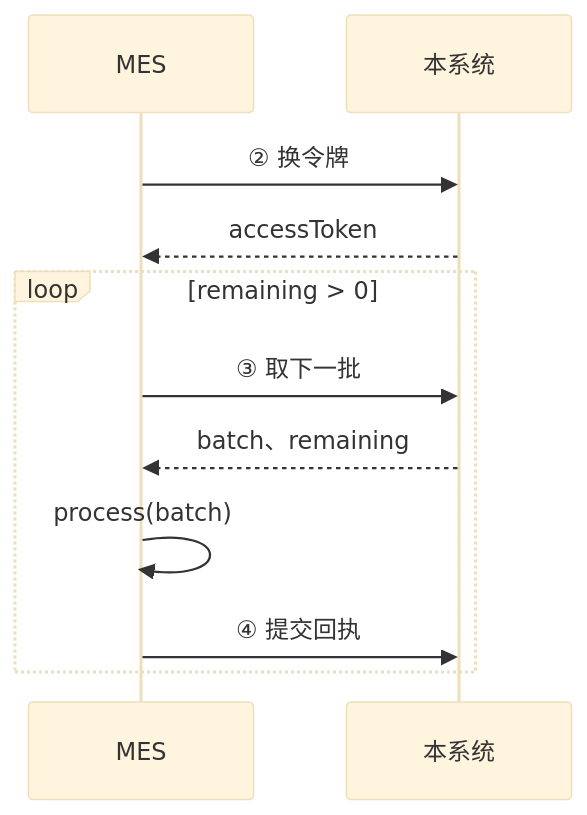
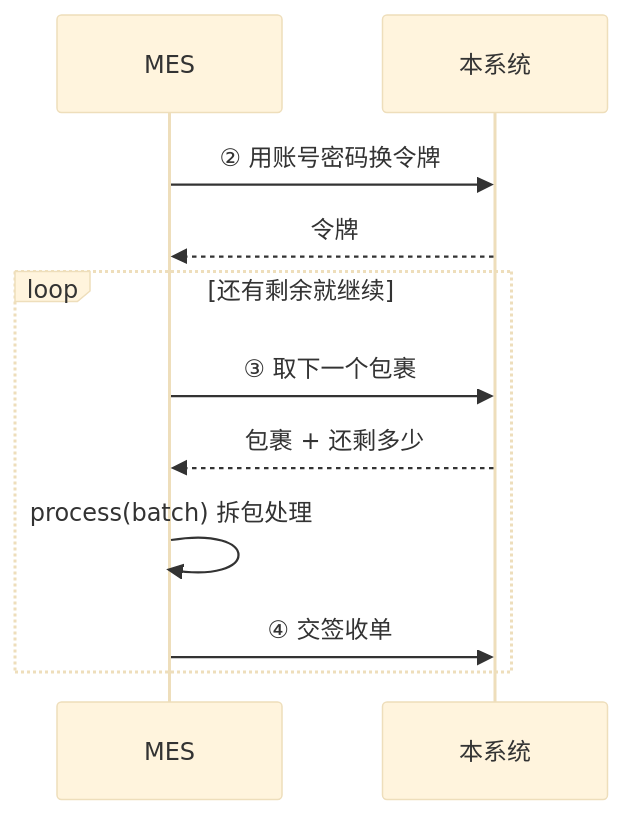
Before and after one commit to Createsnow/sn-center: the second of 2 diagrams in docs/SN 防重管控 · MES 对接说明（精简版）.md, drawn with Mermaid (base theme). The commit also changed other lines of this file, not shown here.

````diff
--- a/docs/SN 防重管控 · MES 对接说明（精简版）.md
+++ b/docs/SN 防重管控 · MES 对接说明（精简版）.md
@@ -73,13 +92,13 @@
 ```mermaid
 sequenceDiagram
   participant M as MES
   participant S as 本系统
-  M->>S: ② 换令牌
-  S-->>M: accessToken
-  loop remaining > 0
-    M->>S: ③ 取下一批
-    S-->>M: batch、remaining
-    M->>M: process(batch)
-    M->>S: ④ 提交回执
+  M->>S: ② 用账号密码换令牌
+  S-->>M: 令牌
+  loop 还有剩余就继续
+    M->>S: ③ 取下一个包裹
+    S-->>M: 包裹 + 还剩多少
+    M->>M: process(batch) 拆包处理
+    M->>S: ④ 交签收单
   end
 ```
````
